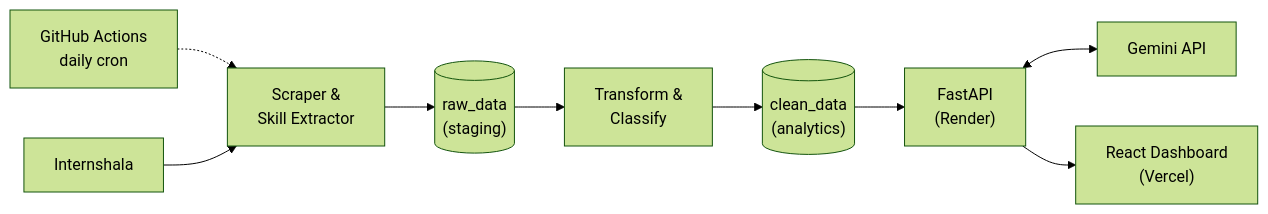
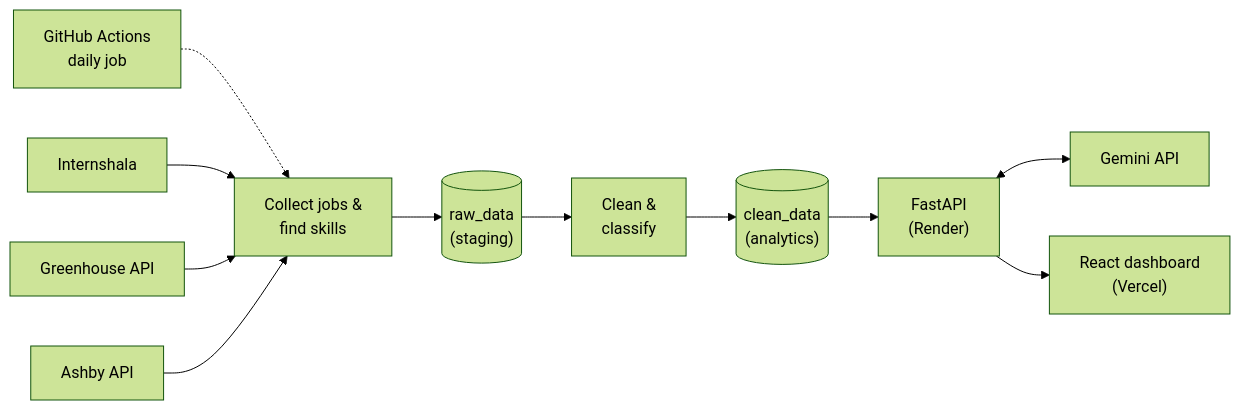
The diagram in README.md (Jairamhegde/InternIQ), drawn with Mermaid (forest theme) before and after one commit. The commit also changed other lines of this file and 60 other files, not shown here.

Commit message:
Add Greenhouse and Ashby job sources, Alembic migrations and redesigned dashboard. (#11)

````diff
--- a/README.md
+++ b/README.md
@@ -87,11 +139,13 @@
 ```mermaid
 flowchart LR
-    CRON["GitHub Actions<br/>daily cron"] -.-> SCRAPER
-    SRC["Internshala"] --> SCRAPER["Scraper &<br/>Skill Extractor"]
-    SCRAPER --> RAW[("raw_data<br/>(staging)")]
-    RAW --> ETL["Transform &<br/>Classify"]
+    CRON["GitHub Actions<br/>daily job"] -.-> COLLECT
+    IS["Internshala"] --> COLLECT["Collect jobs &<br/>find skills"]
+    GH["Greenhouse API"] --> COLLECT
+    AS["Ashby API"] --> COLLECT
+    COLLECT --> RAW[("raw_data<br/>(staging)")]
+    RAW --> ETL["Clean &<br/>classify"]
     ETL --> CLEAN[("clean_data<br/>(analytics)")]
     CLEAN --> API["FastAPI<br/>(Render)"]
     API <--> AI["Gemini API"]
-    API --> UI["React Dashboard<br/>(Vercel)"]
+    API --> UI["React dashboard<br/>(Vercel)"]
 ```
````
